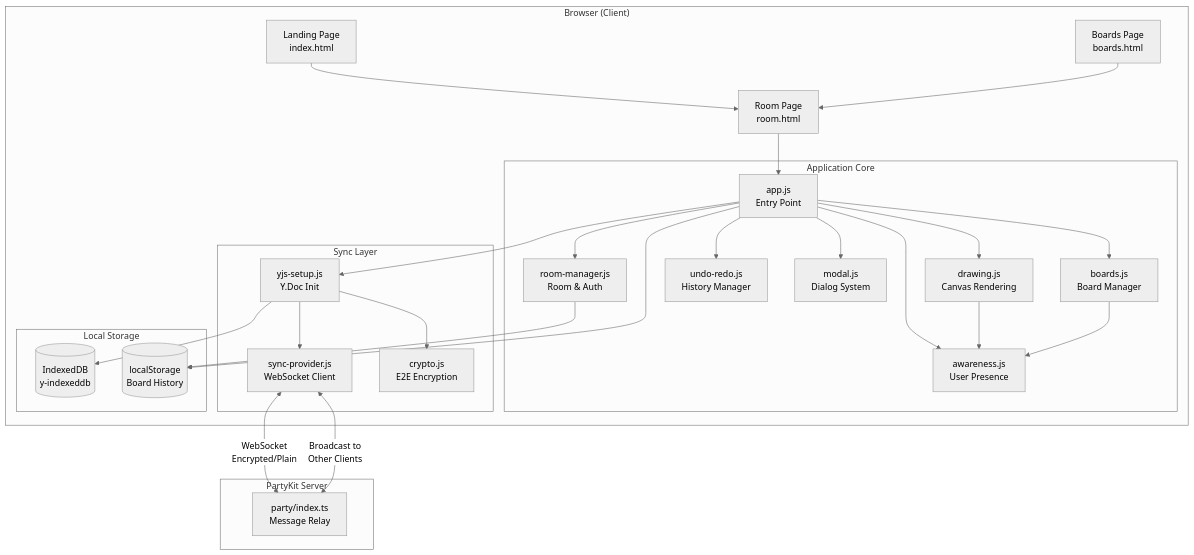
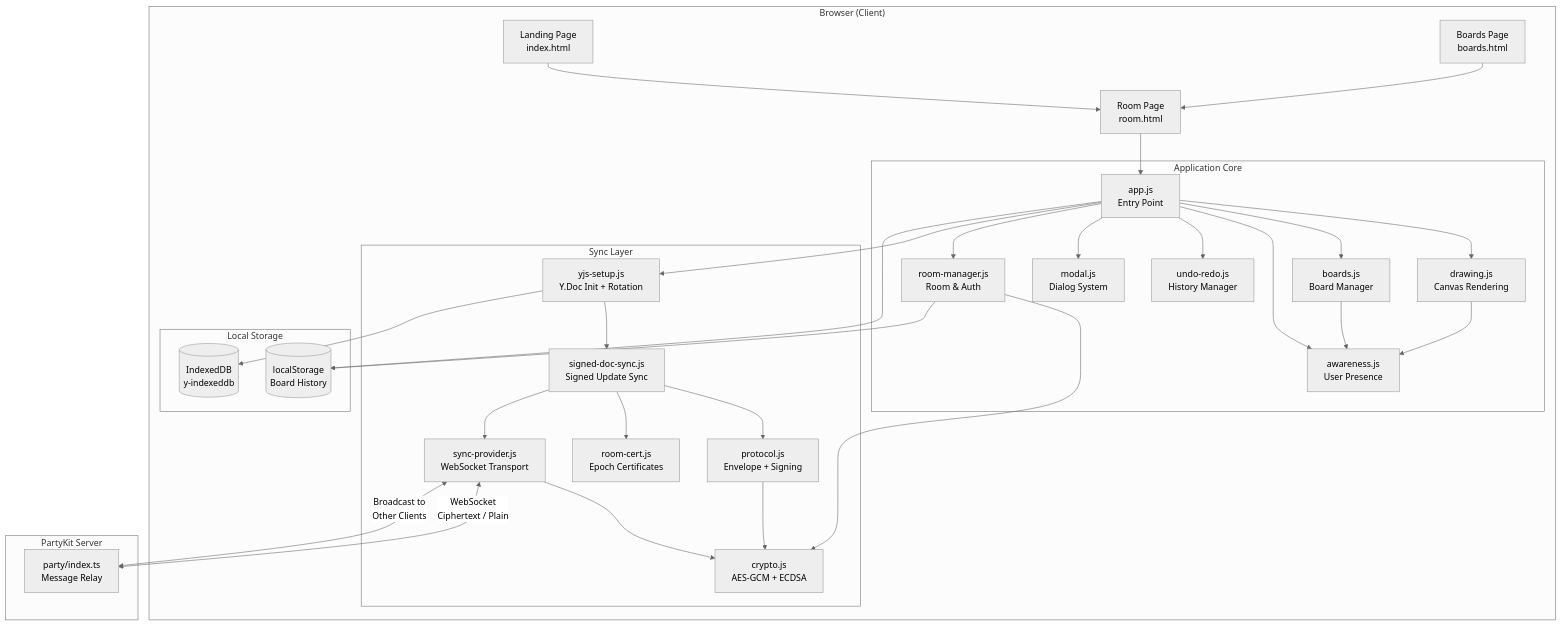
Before and after one commit to Technical-1/Private-Collab-Whiteboard: the first of 2 diagrams in .portfolio/architecture.md, drawn with Mermaid (neutral theme). The commit also changed other lines of this file and 3 other files, not shown here.

````diff
--- a/.portfolio/architecture.md
+++ b/.portfolio/architecture.md
@@ -5,57 +5,65 @@
 ```mermaid
 flowchart TD
     subgraph Browser["Browser (Client)"]
         LP[Landing Page<br>index.html]
         BP[Boards Page<br>boards.html]
         RP[Room Page<br>room.html]
 
         subgraph AppCore["Application Core"]
             APP[app.js<br>Entry Point]
             DRW[drawing.js<br>Canvas Rendering]
             BRD[boards.js<br>Board Manager]
             AWR[awareness.js<br>User Presence]
             UND[undo-redo.js<br>History Manager]
             MOD[modal.js<br>Dialog System]
             RM[room-manager.js<br>Room & Auth]
         end
 
         subgraph SyncLayer["Sync Layer"]
-            YJS[yjs-setup.js<br>Y.Doc Init]
-            SP[sync-provider.js<br>WebSocket Client]
-            CRY[crypto.js<br>E2E Encryption]
+            YJS[yjs-setup.js<br>Y.Doc Init + Rotation]
+            SDS[signed-doc-sync.js<br>Signed Update Sync]
+            PROTO[protocol.js<br>Envelope + Signing]
+            SP[sync-provider.js<br>WebSocket Transport]
+            CRY[crypto.js<br>AES-GCM + ECDSA]
+            CERT[room-cert.js<br>Epoch Certificates]
         end
 
         subgraph Storage["Local Storage"]
             IDB[(IndexedDB<br>y-indexeddb)]
             LS[(localStorage<br>Board History)]
         end
     end
 
     subgraph Server["PartyKit Server"]
         PK[party/index.ts<br>Message Relay]
     end
 
     LP --> RP
     BP --> RP
     RP --> APP
     APP --> DRW
     APP --> BRD
     APP --> AWR
     APP --> UND
     APP --> MOD
     APP --> RM
 
     APP --> YJS
-    YJS --> SP
-    YJS --> CRY
+    YJS --> SDS
+    SDS --> PROTO
+    SDS --> CERT
+    PROTO --> CRY
+    SDS --> SP
+    SP --> CRY
     YJS --> IDB
 
-    SP <-->|WebSocket<br>Encrypted/Plain| PK
+    SP <-->|WebSocket<br>Ciphertext / Plain| PK
     PK <-->|Broadcast to<br>Other Clients| SP
 
+    RM --> CRY
     RM --> LS
     APP --> LS
 
     DRW --> AWR
     BRD --> AWR
 ```
````
